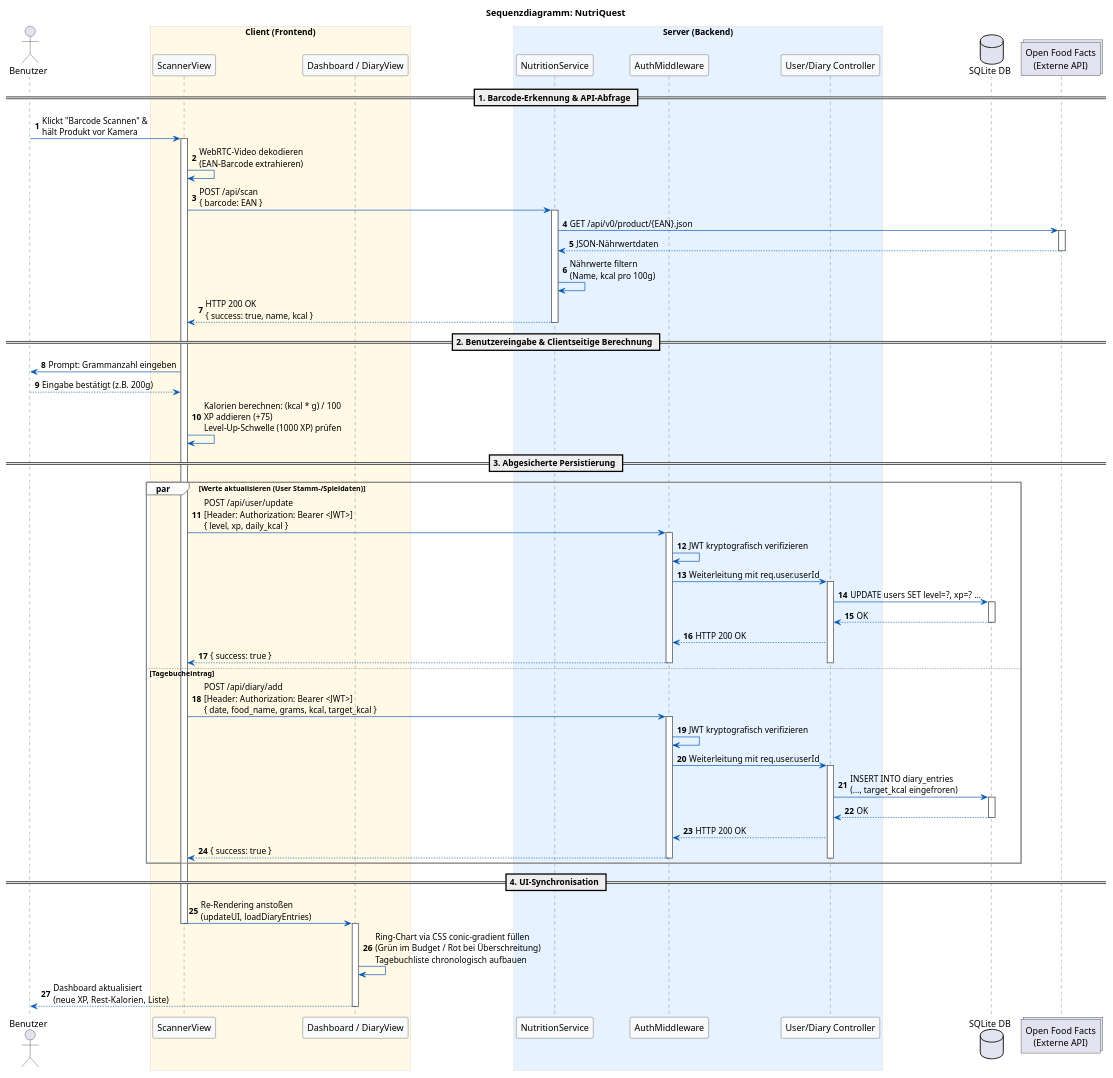
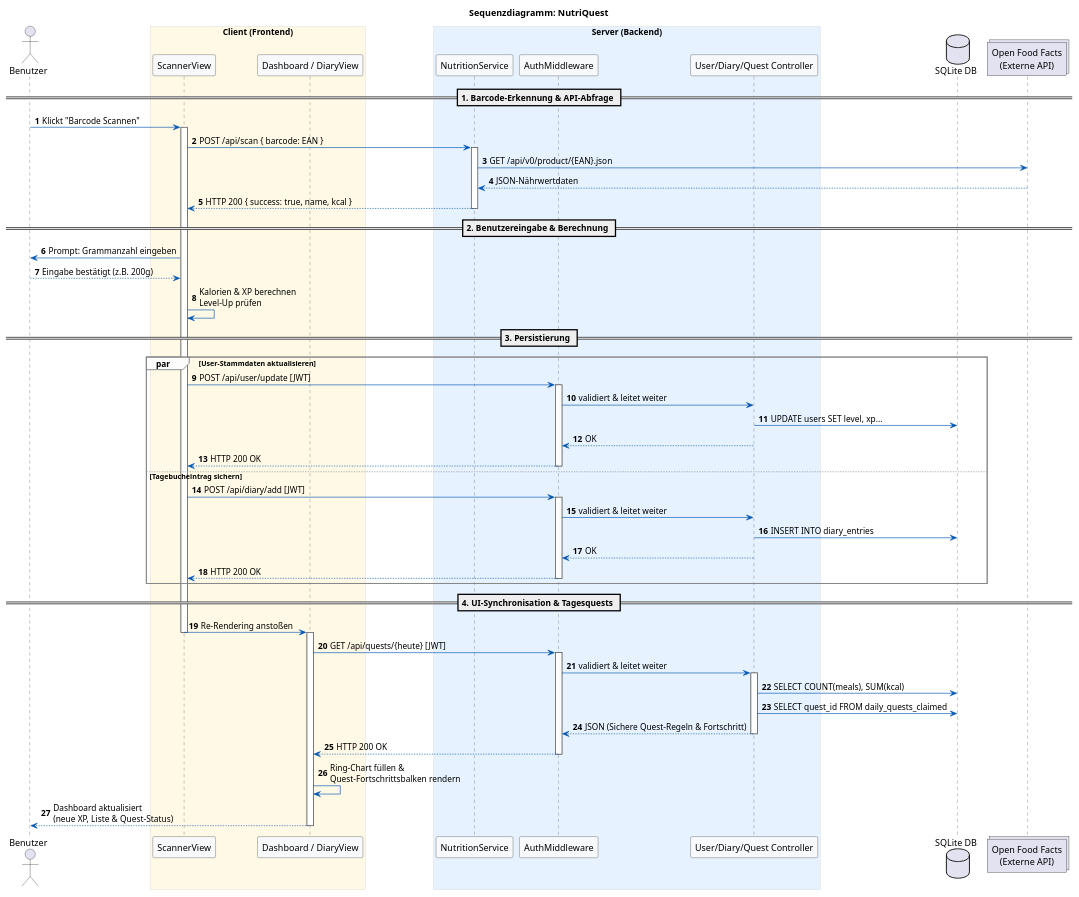
One commit to danellidesign/nutriquest changed the diagram in behaviour.puml. Above: the diagram before and after it, drawn with PlantUML. The commit also changed 3 other files, not shown here.

Commit message:
Updated UML charts

```diff
--- a/behaviour.puml
+++ b/behaviour.puml
@@ -1,101 +1,91 @@
 @startuml
 autonumber
 skinparam backgroundColor #FFFFFF
 skinparam sequence {
     ArrowColor #0056b3
     LifeLineBorderColor #555555
     ParticipantBorderColor #333333
     ParticipantBackgroundColor #f8f9fa
     BoxBorderColor #cccccc
     GroupBorderColor #888888
     GroupBackgroundColor #fcfcfc
 }
 
 title Sequenzdiagramm: NutriQuest
 
 actor "Benutzer" as User
 
 box "Client (Frontend)" #FFF9E6
     participant "ScannerView" as Scanner
     participant "Dashboard / DiaryView" as UI
 end box
 
 box "Server (Backend)" #E6F2FF
     participant "NutritionService" as Nutri
     participant "AuthMiddleware" as Auth
-    participant "User/Diary Controller" as Ctrl
+    participant "User/Diary/Quest Controller" as Ctrl
 end box
 
 database "SQLite DB" as DB
 collections "Open Food Facts\n(Externe API)" as ExtAPI
 
 == 1. Barcode-Erkennung & API-Abfrage ==
 
-User -> Scanner : Klickt "Barcode Scannen" &\nhält Produkt vor Kamera
+User -> Scanner : Klickt "Barcode Scannen"
 activate Scanner
-
-Scanner -> Scanner : WebRTC-Video dekodieren\n(EAN-Barcode extrahieren)
-
-Scanner -> Nutri : POST /api/scan\n{ barcode: EAN }
+Scanner -> Nutri : POST /api/scan { barcode: EAN }
 activate Nutri
-
 Nutri -> ExtAPI : GET /api/v0/product/{EAN}.json
-activate ExtAPI
 ExtAPI --> Nutri : JSON-Nährwertdaten
-deactivate ExtAPI
-
-Nutri -> Nutri : Nährwerte filtern\n(Name, kcal pro 100g)
-Nutri --> Scanner : HTTP 200 OK\n{ success: true, name, kcal }
+Nutri --> Scanner : HTTP 200 { success: true, name, kcal }
 deactivate Nutri
 
-== 2. Benutzereingabe & Clientseitige Berechnung ==
+== 2. Benutzereingabe & Berechnung ==
 
 Scanner -> User : Prompt: Grammanzahl eingeben
 User --> Scanner : Eingabe bestätigt (z.B. 200g)
+Scanner -> Scanner : Kalorien & XP berechnen\nLevel-Up prüfen
 
-Scanner -> Scanner : Kalorien berechnen: (kcal * g) / 100\nXP addieren (+75)\nLevel-Up-Schwelle (1000 XP) prüfen
+== 3. Persistierung ==
 
-== 3. Abgesicherte Persistierung ==
-
-par Werte aktualisieren (User Stamm-/Spieldaten)
-    Scanner -> Auth : POST /api/user/update\n[Header: Authorization: Bearer <JWT>]\n{ level, xp, daily_kcal }
+par User-Stammdaten aktualisieren
+    Scanner -> Auth : POST /api/user/update [JWT]
     activate Auth
-    Auth -> Auth : JWT kryptografisch verifizieren
-    Auth -> Ctrl : Weiterleitung mit req.user.userId
-    activate Ctrl
-    Ctrl -> DB : UPDATE users SET level=?, xp=? ...
-    activate DB
-    DB --> Ctrl : OK
-    deactivate DB
-    Ctrl --> Auth : HTTP 200 OK
-    Auth --> Scanner : { success: true }
-    deactivate Ctrl
+    Auth -> Ctrl : validiert & leitet weiter
+    Ctrl -> DB : UPDATE users SET level, xp...
+    Ctrl --> Auth : OK
+    Auth --> Scanner : HTTP 200 OK
     deactivate Auth
-else Tagebucheintrag
-    Scanner -> Auth : POST /api/diary/add\n[Header: Authorization: Bearer <JWT>]\n{ date, food_name, grams, kcal, target_kcal }
+else Tagebucheintrag sichern
+    Scanner -> Auth : POST /api/diary/add [JWT]
     activate Auth
-    Auth -> Auth : JWT kryptografisch verifizieren
-    Auth -> Ctrl : Weiterleitung mit req.user.userId
-    activate Ctrl
-    Ctrl -> DB : INSERT INTO diary_entries\n(..., target_kcal eingefroren)
-    activate DB
-    DB --> Ctrl : OK
-    deactivate DB
-    Ctrl --> Auth : HTTP 200 OK
-    Auth --> Scanner : { success: true }
-    deactivate Ctrl
+    Auth -> Ctrl : validiert & leitet weiter
+    Ctrl -> DB : INSERT INTO diary_entries
+    Ctrl --> Auth : OK
+    Auth --> Scanner : HTTP 200 OK
     deactivate Auth
 end
 
-== 4. UI-Synchronisation ==
+== 4. UI-Synchronisation & Tagesquests ==
 
-Scanner -> UI : Re-Rendering anstoßen\n(updateUI, loadDiaryEntries)
+Scanner -> UI : Re-Rendering anstoßen
 deactivate Scanner
 activate UI
 
-UI -> UI : Ring-Chart via CSS conic-gradient füllen\n(Grün im Budget / Rot bei Überschreitung)\nTagebuchliste chronologisch aufbauen
+UI -> Auth : GET /api/quests/{heute} [JWT]
+activate Auth
+Auth -> Ctrl : validiert & leitet weiter
+activate Ctrl
+Ctrl -> DB : SELECT COUNT(meals), SUM(kcal)
+Ctrl -> DB : SELECT quest_id FROM daily_quests_claimed
+Ctrl --> Auth : JSON (Sichere Quest-Regeln & Fortschritt)
+deactivate Ctrl
+Auth --> UI : HTTP 200 OK
+deactivate Auth
 
-UI --> User : Dashboard aktualisiert\n(neue XP, Rest-Kalorien, Liste)
+UI -> UI : Ring-Chart füllen &\nQuest-Fortschrittsbalken rendern
+
+UI --> User : Dashboard aktualisiert\n(neue XP, Liste & Quest-Status)
 deactivate UI
 
 @enduml
```
